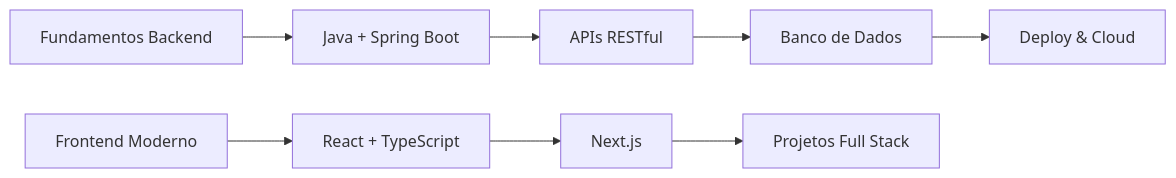
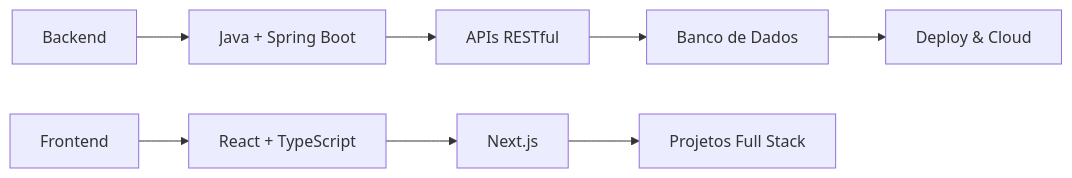
One commit to omoshaa/omoshaa changed the diagram in README.md. Above: the diagram before and after it, drawn with Mermaid. The commit also changed other lines of this file, not shown here.

````diff
--- a/README.md
+++ b/README.md
@@ -180,11 +94,11 @@
 ```mermaid
 graph LR
-    A[Fundamentos Backend] --> B[Java + Spring Boot]
+    A[Backend] --> B[Java + Spring Boot]
     B --> C[APIs RESTful]
     C --> D[Banco de Dados]
     D --> E[Deploy & Cloud]
 
-    F[Frontend Moderno] --> G[React + TypeScript]
+    F[Frontend] --> G[React + TypeScript]
     G --> H[Next.js]
     H --> I[Projetos Full Stack]
 ```
````
